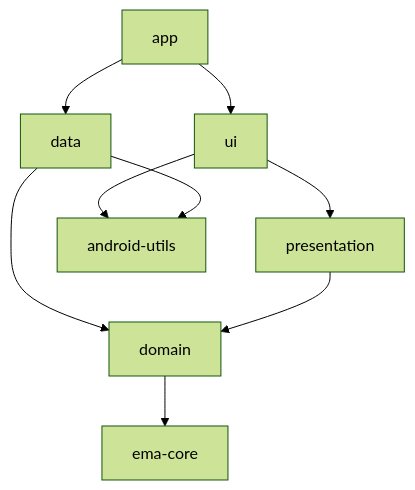
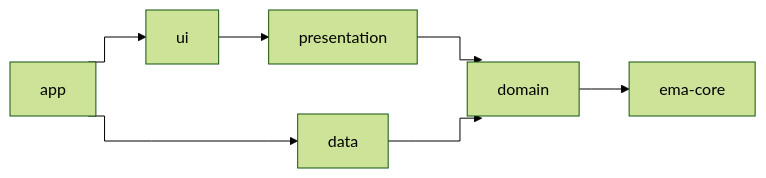
The diagram in docs/recommendations.es.md (carmabs/Ema), drawn with Mermaid (forest theme) before and after one commit. The commit also changed other lines of this file and 11 other files, not shown here.

First line of the commit message:
Redraw the diagrams without crossing arrows

````diff
--- a/docs/recommendations.es.md
+++ b/docs/recommendations.es.md
@@ -16,11 +16,10 @@
 ```mermaid
-flowchart TB
+%%{init: {"flowchart": {"curve": "step"}}}%%
+flowchart LR
     app --> ui
     app --> data
     ui --> presentation
-    ui --> android-utils
+    presentation --> domain
     data --> domain
-    data --> android-utils
-    presentation --> domain
     domain --> ema-core
 ```
````
